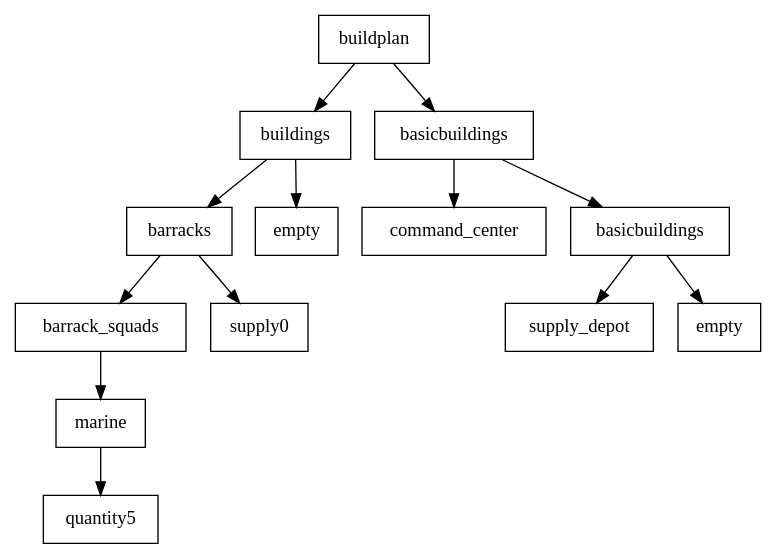
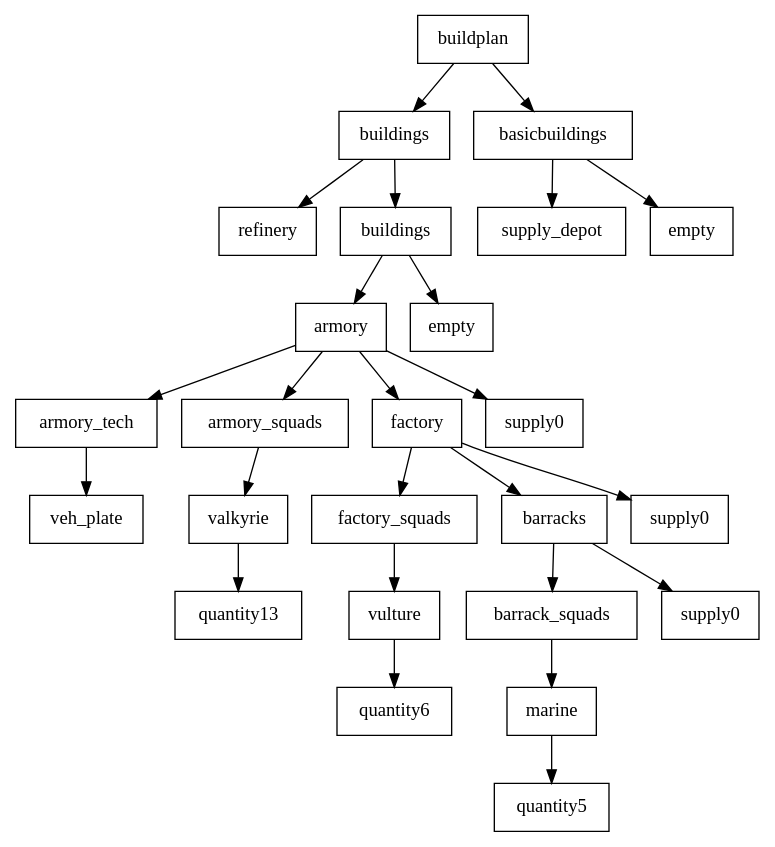
The diagram in GPBot/file.dot (cryogenic-dreams/StarCraft-GPBot), drawn with Graphviz before and after one commit. The commit also changed 4 other files, not shown here.

```diff
--- a/GPBot/file.dot
+++ b/GPBot/file.dot
@@ -1,29 +1,53 @@
 digraph g {
 graph [ordering=out];
 node [shape=rectangle];
 n[label = "buildplan"];
 n0[label = "buildings"];
-n00[label = "barracks"];
-n000[label = "barrack_squads"];
-n0000[label = "marine"];
-n00000[label = "quantity5"];
-n0000 -> n00000;
-n000 -> n0000;
-n00 -> n000;
-n001[label = "supply0"];
-n00 -> n001;
+n00[label = "refinery"];
 n0 -> n00;
-n01[label = "empty"];
+n01[label = "buildings"];
+n010[label = "armory"];
+n0100[label = "armory_tech"];
+n01000[label = "veh_plate"];
+n0100 -> n01000;
+n010 -> n0100;
+n0101[label = "armory_squads"];
+n01010[label = "valkyrie"];
+n010100[label = "quantity13"];
+n01010 -> n010100;
+n0101 -> n01010;
+n010 -> n0101;
+n0102[label = "factory"];
+n01020[label = "factory_squads"];
+n010200[label = "vulture"];
+n0102000[label = "quantity6"];
+n010200 -> n0102000;
+n01020 -> n010200;
+n0102 -> n01020;
+n01021[label = "barracks"];
+n010210[label = "barrack_squads"];
+n0102100[label = "marine"];
+n01021000[label = "quantity5"];
+n0102100 -> n01021000;
+n010210 -> n0102100;
+n01021 -> n010210;
+n010211[label = "supply0"];
+n01021 -> n010211;
+n0102 -> n01021;
+n01022[label = "supply0"];
+n0102 -> n01022;
+n010 -> n0102;
+n0103[label = "supply0"];
+n010 -> n0103;
+n01 -> n010;
+n011[label = "empty"];
+n01 -> n011;
 n0 -> n01;
 n -> n0;
 n1[label = "basicbuildings"];
-n10[label = "command_center"];
+n10[label = "supply_depot"];
 n1 -> n10;
-n11[label = "basicbuildings"];
-n110[label = "supply_depot"];
-n11 -> n110;
-n111[label = "empty"];
-n11 -> n111;
+n11[label = "empty"];
 n1 -> n11;
 n -> n1;
 }
```
